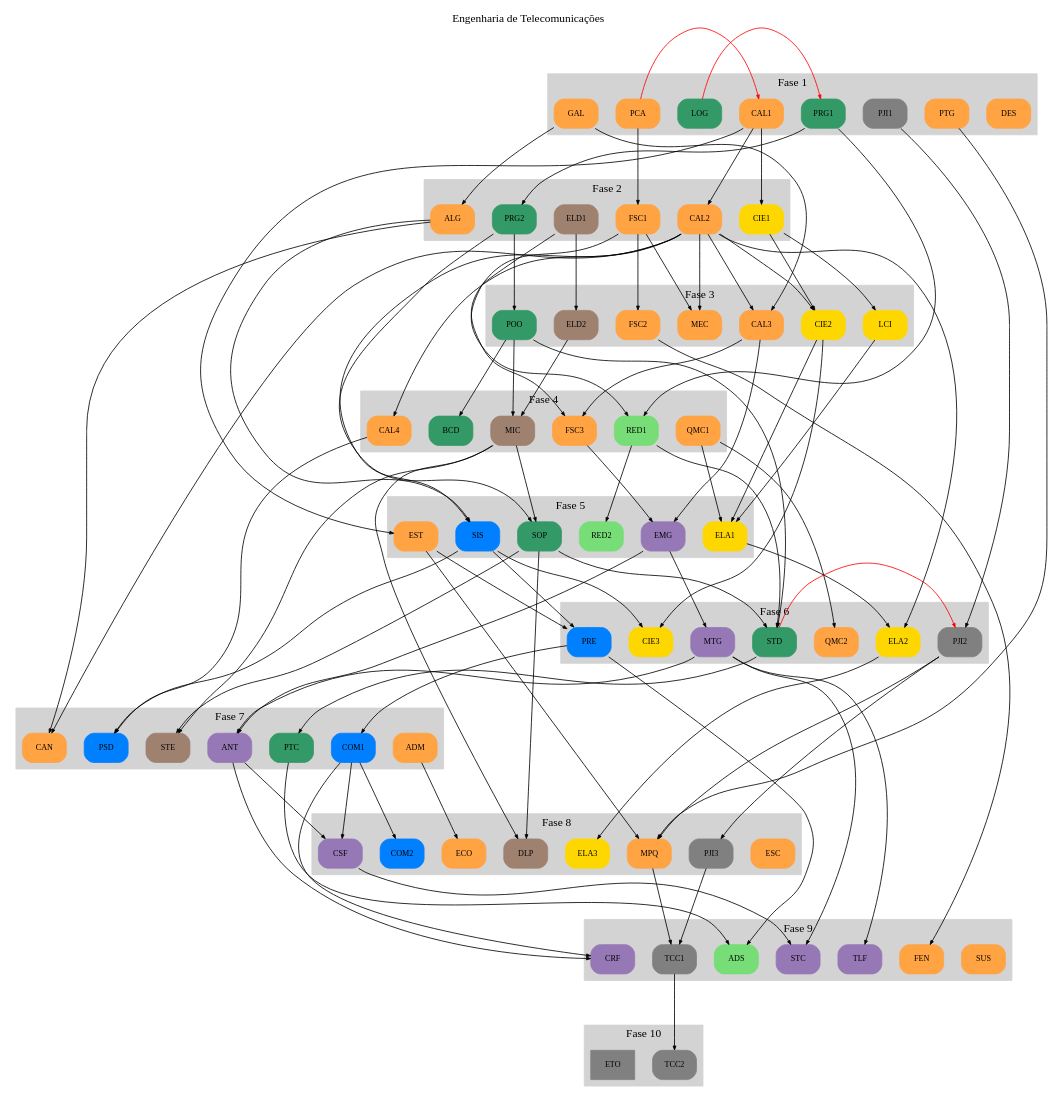
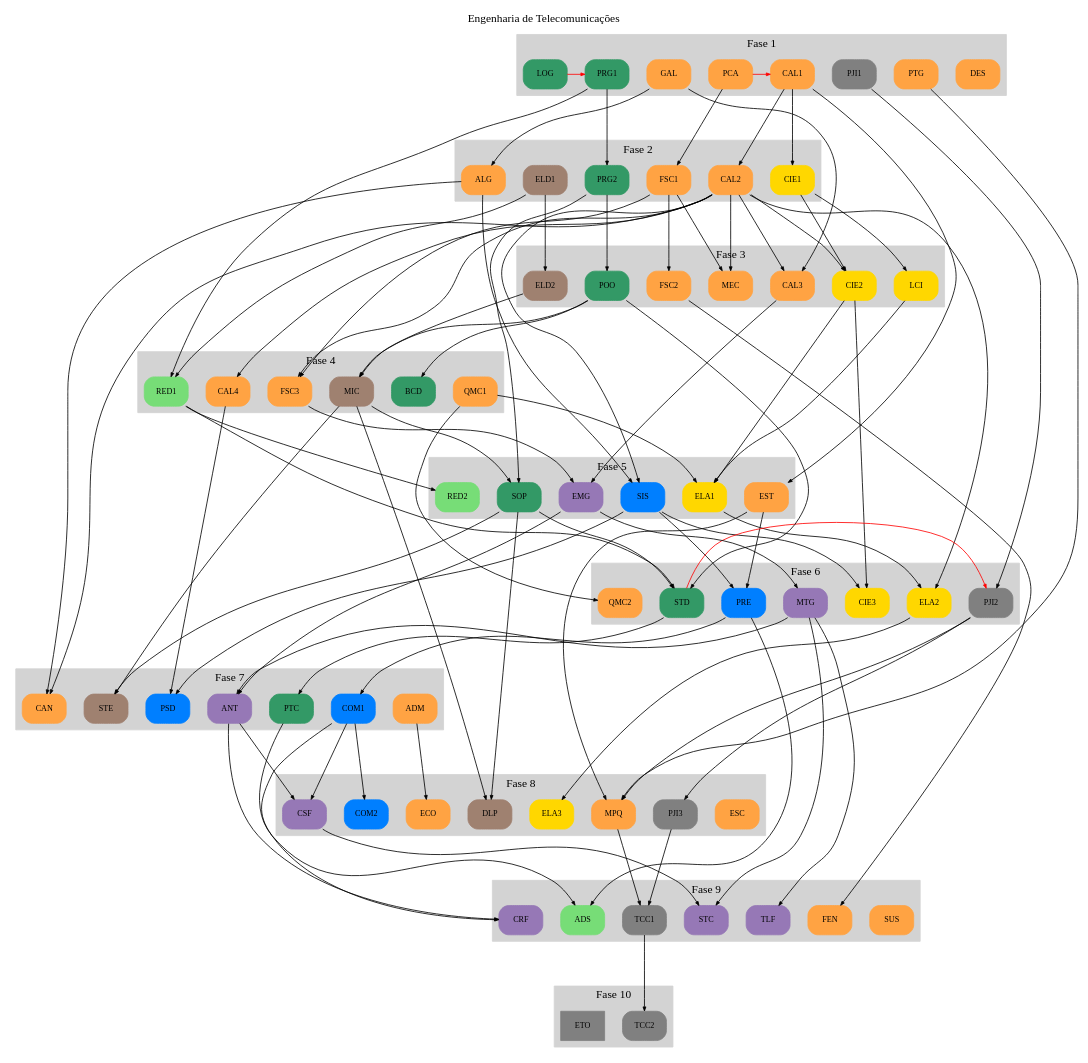
Before and after one commit to emersonmello/grade-dot-engtelecom: the diagram in engtelecom.dot, drawn with Graphviz.

Commit message:
CAL2 como pré-requisito de FSC3 (e não CAL3)

```diff
--- a/engtelecom.dot
+++ b/engtelecom.dot
@@ -30,7 +30,7 @@
     {FSC2} -> FEN
     {PCA} -> FSC1
     {FSC1} -> FSC2
-    {FSC1 CAL3} -> FSC3
+    {FSC1 CAL2} -> FSC3
     {CAL2 FSC1} -> MEC
     {EST PJI2 PTG} -> MPQ # TODO verificar se PJI2 e PTG devem ser pré-requisito
     {QMC1} -> QMC2 # TODO a confirmar
@@ -47,7 +47,7 @@
     // Eixo azul
     {PRE} -> COM1
     {COM1} -> COM2
-    {EST SIS} -> PRE 
+    {EST SIS} -> PRE
     {CAL2 ALG} -> SIS
     {CAL4 SIS} -> PSD
 
@@ -124,7 +124,7 @@
       color=lightgrey
       node [style=filled,color=white]
 
-      RED1 MEC FSC3 BCD CAL4  MIC QMC1 
+      RED1 MEC FSC3 BCD CAL4  MIC QMC1
     }
 
     subgraph cluster_fase5 {
@@ -170,7 +170,7 @@
       color=lightgrey
       node [style=filled,color=white]
 
-      ADS  TCC1 STC CRF TLF FEN SUS 
+      ADS  TCC1 STC CRF TLF FEN SUS
     }
 
     subgraph cluster_fase10 {
```
